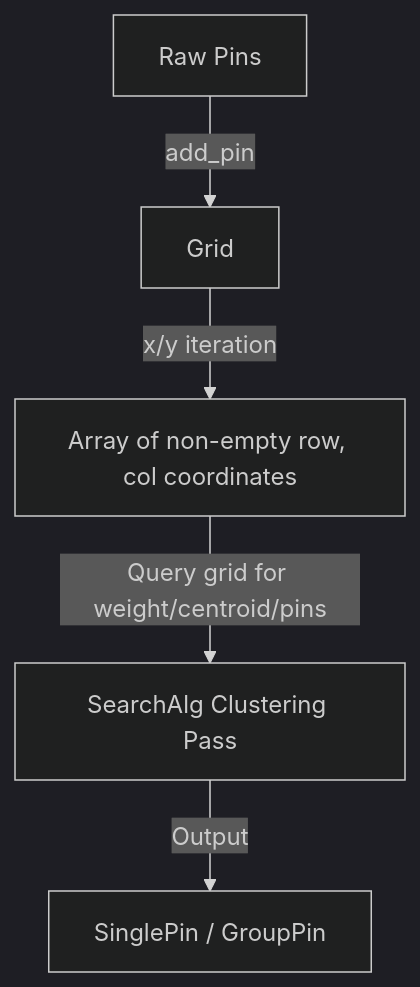
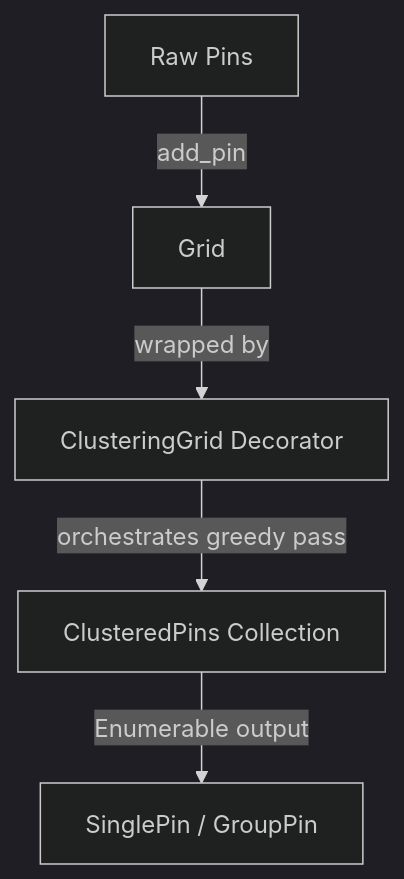
The diagram in next_steps.md (kzielonka/pets), drawn with Mermaid (dark theme) before and after one commit. The commit also changed other lines of this file, not shown here.

Commit message:
Update technical design documentation in next_steps.md with ClusteredPins OOP design

````diff
--- a/next_steps.md
+++ b/next_steps.md
@@ -25,7 +30,7 @@
 ```mermaid
 graph TD
     Pins[Raw Pins] -->|add_pin| Grid[Grid]
-    Grid -->|x/y iteration| Coords[Array of non-empty row, col coordinates]
-    Coords -->|Query grid for weight/centroid/pins| SearchAlg[SearchAlg Clustering Pass]
-    SearchAlg -->|Output| MapPins[SinglePin / GroupPin]
+    Grid -->|wrapped by| CG[ClusteringGrid Decorator]
+    CG -->|orchestrates greedy pass| CP[ClusteredPins Collection]
+    CP -->|Enumerable output| MapPins[SinglePin / GroupPin]
 ```
````
